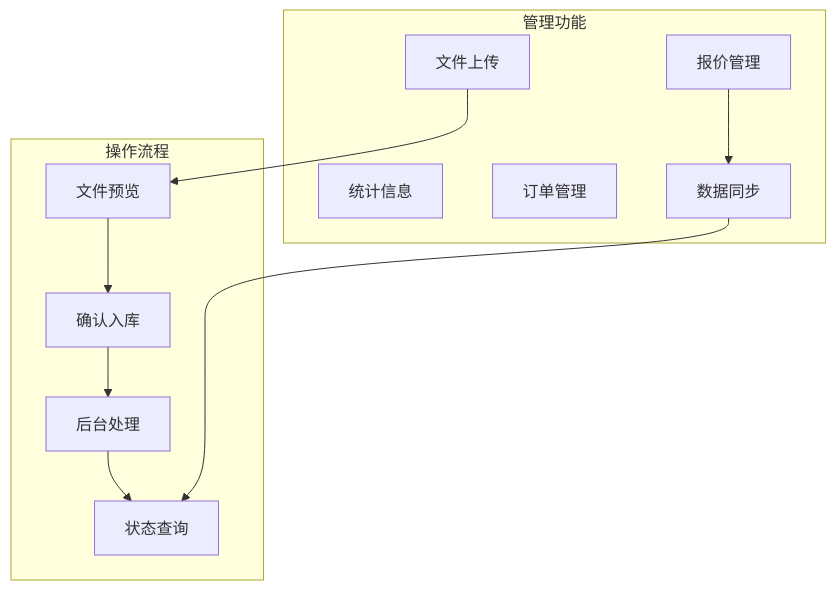
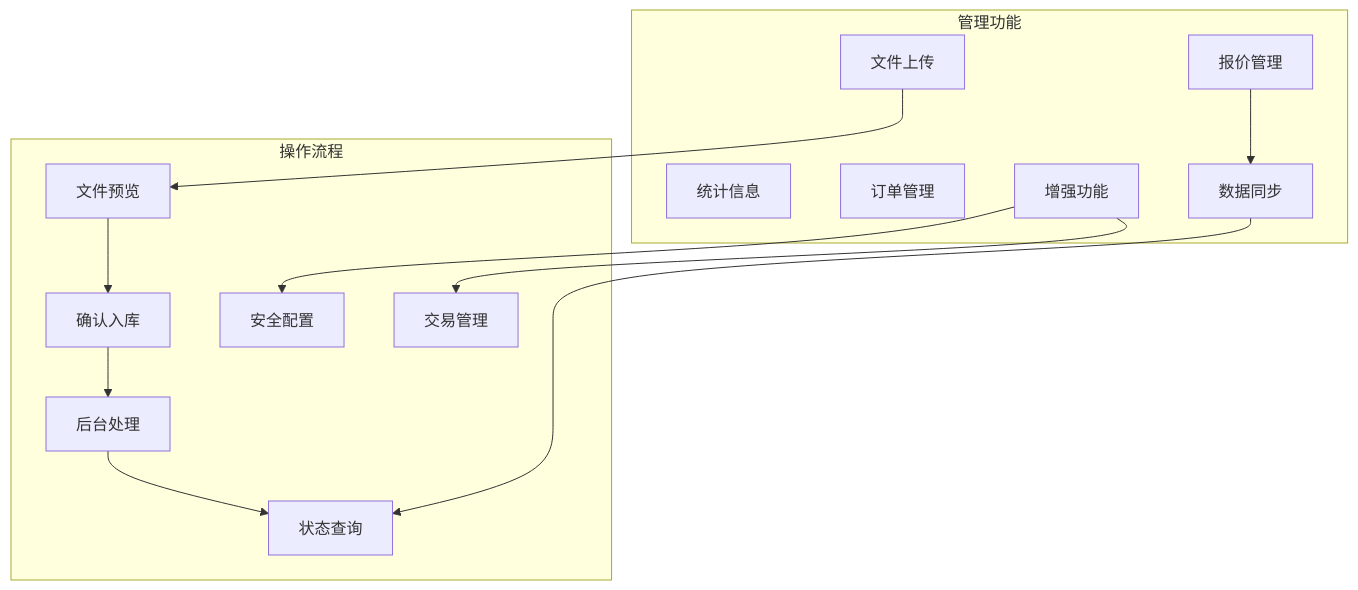
One commit to guyuefangyuanl/Over-the-counter-options changed the eighth of 13 diagrams in .qoder/repowiki/zh/content/后端系统/API路由系统.md. Above: the diagram before and after it, drawn with Mermaid. The commit also changed other lines of this file and 29 other files, not shown here.

````diff
--- a/.qoder/repowiki/zh/content/后端系统/API路由系统.md
+++ b/.qoder/repowiki/zh/content/后端系统/API路由系统.md
@@ -267,22 +446,25 @@
 ```mermaid
 flowchart TD
 subgraph "管理功能"
 STATS[统计信息]
 ORDERS[订单管理]
 QUOTES[报价管理]
 SYNC[数据同步]
 UPLOAD[文件上传]
+ENHANCED[增强功能]
 end
 subgraph "操作流程"
 PREVIEW[文件预览]
 CONFIRM[确认入库]
 PROCESS[后台处理]
 STATUS[状态查询]
+ENHANCED --> SECURITY[安全配置]
+ENHANCED --> TRADE[交易管理]
 end
 UPLOAD --> PREVIEW
 PREVIEW --> CONFIRM
 CONFIRM --> PROCESS
 PROCESS --> STATUS
 QUOTES --> SYNC
 SYNC --> STATUS
 ```
````
